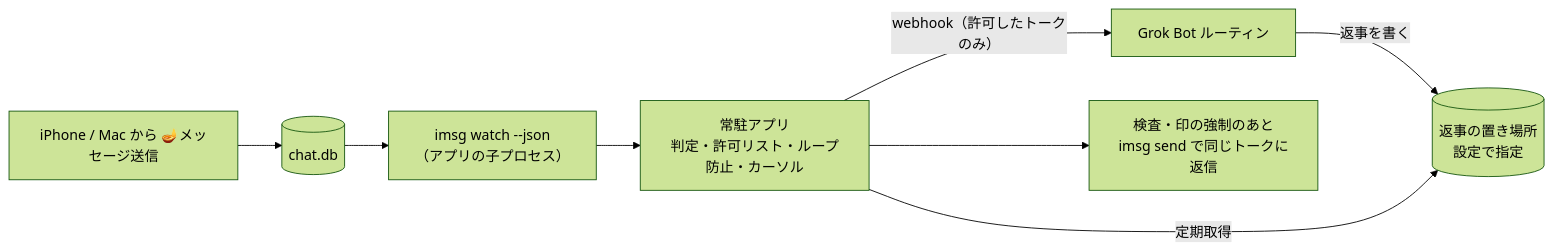
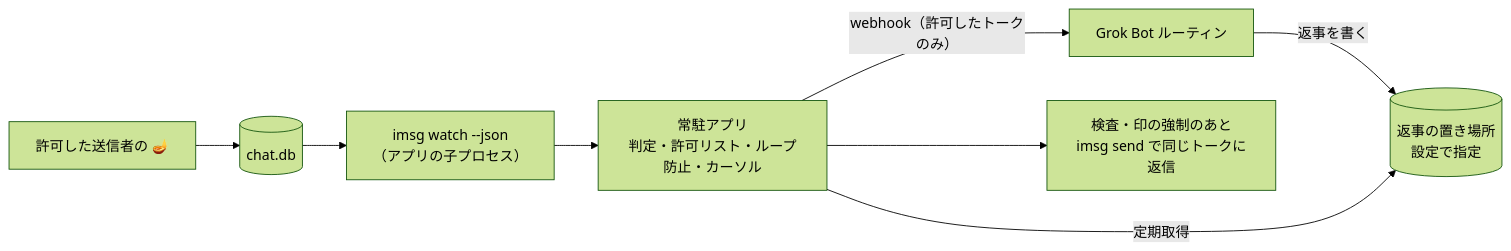
One commit to ChihiroNishioka/genie-in-messages changed the diagram in SPEC.md. Above: the diagram before and after it, drawn with Mermaid (forest theme). The commit also changed other lines of this file and 10 other files, not shown here.

````diff
--- a/SPEC.md
+++ b/SPEC.md
@@ -46,10 +46,10 @@
 ```mermaid
 flowchart LR
-  A[iPhone / Mac から 🪔メッセージ送信] --> B[(chat.db)]
+  A[許可した送信者の 🪔] --> B[(chat.db)]
   B --> C[imsg watch --json<br/>（アプリの子プロセス）]
   C --> D[常駐アプリ<br/>判定・許可リスト・ループ防止・カーソル]
   D -->|webhook（許可したトークのみ）| E[Grok Bot ルーティン]
   E -->|返事を書く| F[(返事の置き場所<br/>設定で指定)]
   D -->|定期取得| F
   D --> G[検査・印の強制のあと<br/>imsg send で同じトークに返信]
 ```
````
